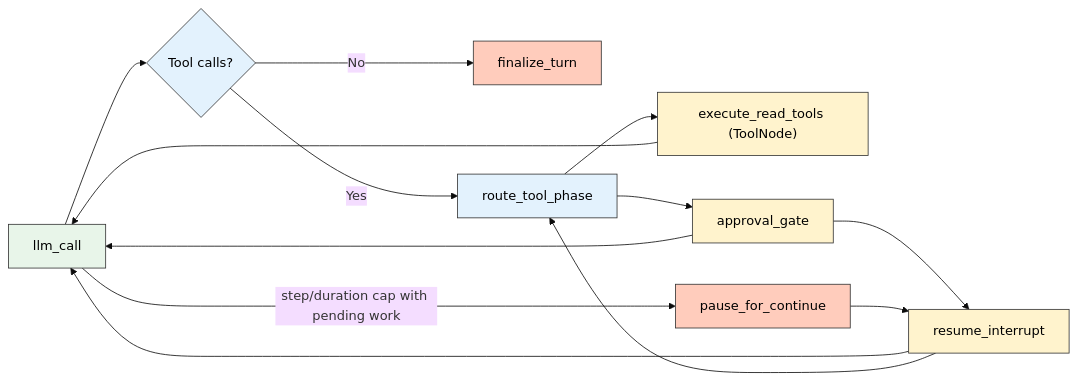
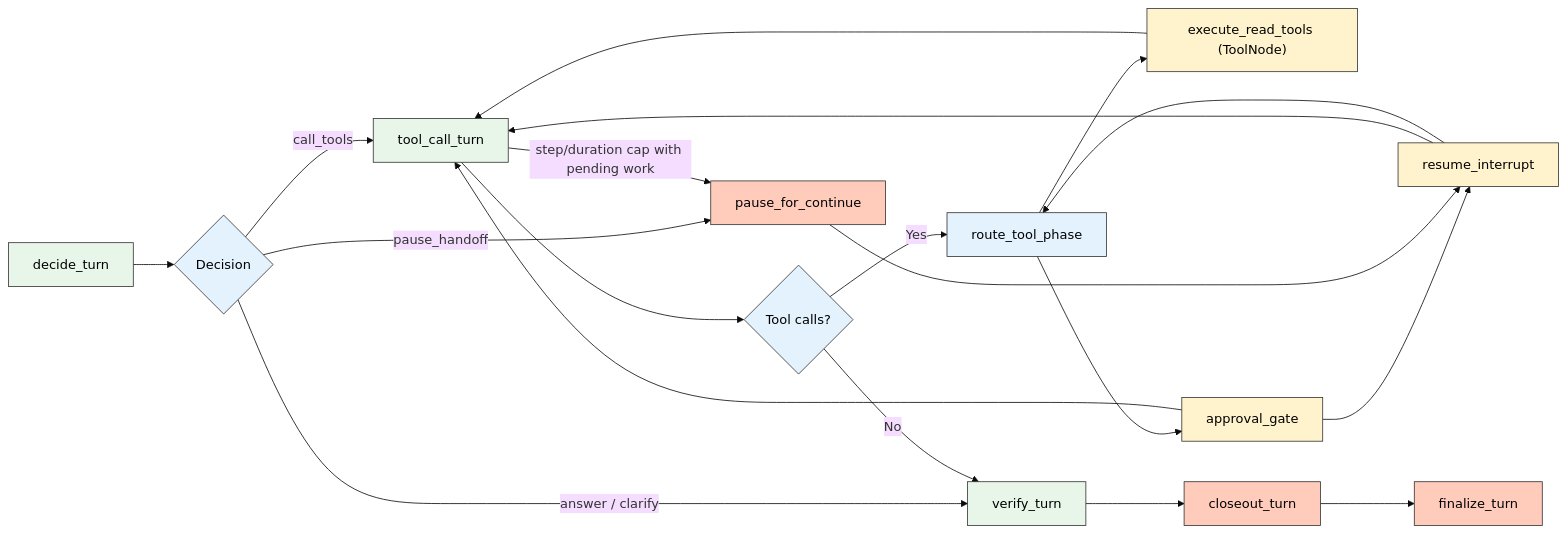
The second of 2 diagrams in docs/architecture/PIPELINE.md (BokX1/Sage), drawn with Mermaid (base theme) before and after one commit. The commit also changed other lines of this file and 35 other files, not shown here.

````diff
--- a/docs/architecture/PIPELINE.md
+++ b/docs/architecture/PIPELINE.md
@@ -95,20 +95,26 @@
 ```mermaid
 flowchart LR
     classDef llm fill:#e8f5e9,stroke:#333,color:black
     classDef route fill:#e3f2fd,stroke:#333,color:black
     classDef execute fill:#fff3cd,stroke:#333,color:black
     classDef result fill:#ffccbc,stroke:#333,color:black
 
-    A["llm_call"]:::llm --> B{"Tool calls?"}:::route
-    B -->|No| G["finalize_turn"]:::result
-    B -->|Yes| C["route_tool_phase"]:::route
-    C --> D["execute_read_tools (ToolNode)"]:::execute
-    C --> E["approval_gate"]:::execute
-    D --> A
-    E --> F["resume_interrupt"]:::execute
-    E --> A
-    F --> A
-    F --> C
-    A -->|"step/duration cap with pending work"| H["pause_for_continue"]:::result
-    H --> F
+    A["decide_turn"]:::llm --> B{"Decision"}:::route
+    B -->|call_tools| C["tool_call_turn"]:::llm
+    B -->|answer / clarify| F["verify_turn"]:::llm
+    B -->|pause_handoff| I["pause_for_continue"]:::result
+    C --> D{"Tool calls?"}:::route
+    D -->|Yes| E["route_tool_phase"]:::route
+    D -->|No| F
+    E --> J["execute_read_tools (ToolNode)"]:::execute
+    E --> K["approval_gate"]:::execute
+    J --> C
+    K --> L["resume_interrupt"]:::execute
+    K --> C
+    L --> C
+    L --> E
+    F --> G["closeout_turn"]:::result
+    G --> H["finalize_turn"]:::result
+    C -->|"step/duration cap with pending work"| I
+    I --> L
 ```
````
